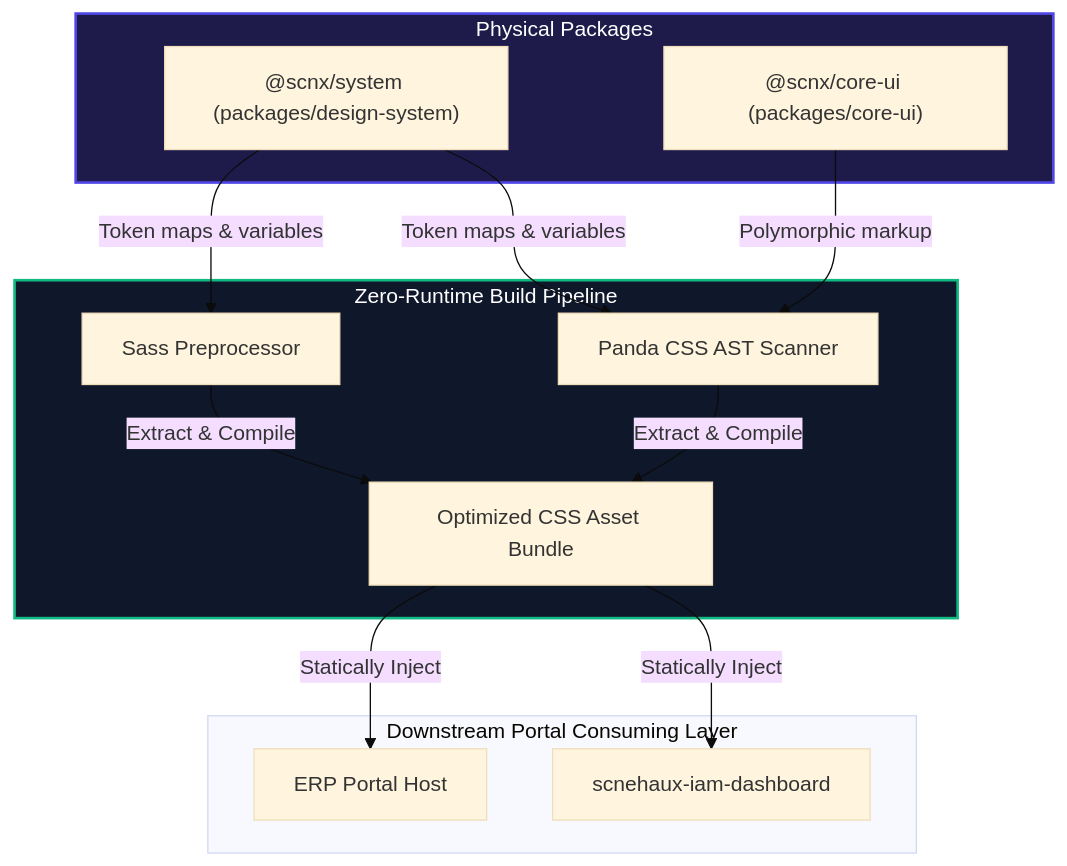
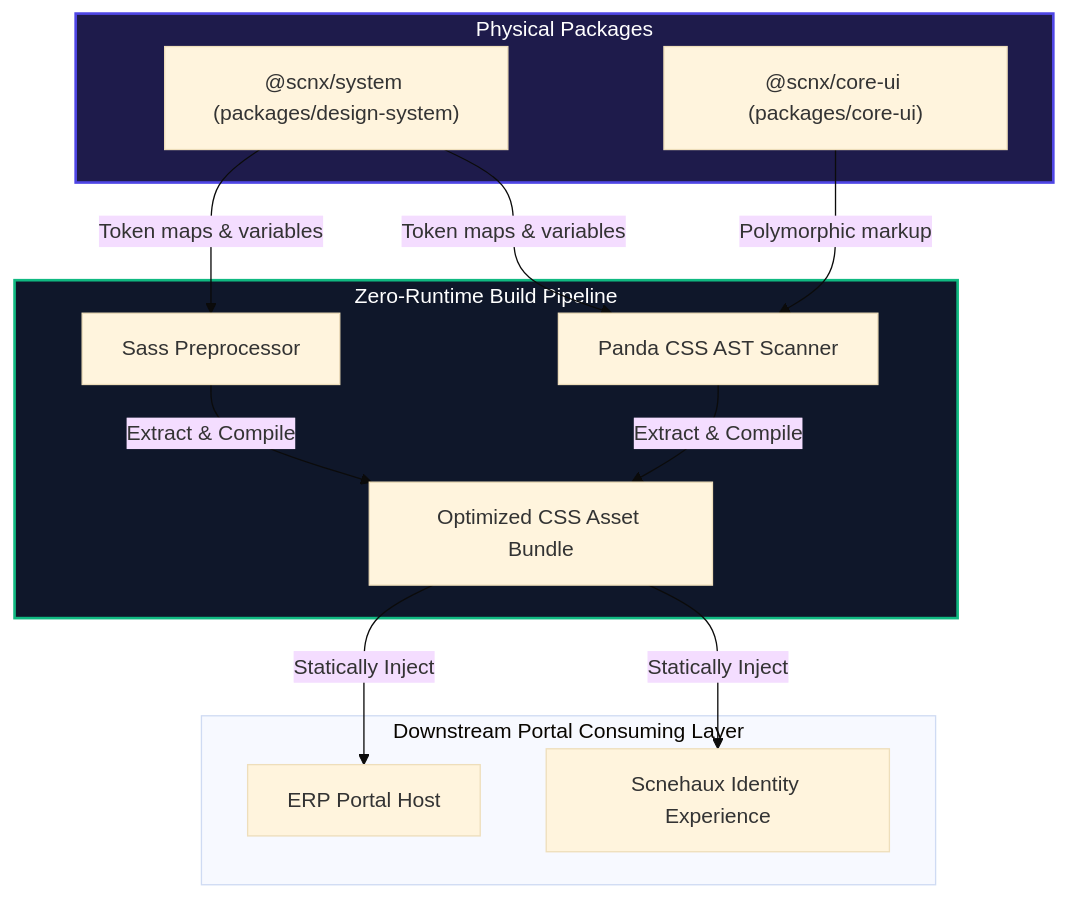
Before and after one commit to anshacerbia2/scnehaux-architecture: the first of 6 diagrams in 04-system/scnehaux-ui-platform/scnehaux-ui-platform.sad.md, drawn with Mermaid (base theme). The commit also changed other lines of this file and 16 other files, not shown here.

````diff
--- a/04-system/scnehaux-ui-platform/scnehaux-ui-platform.sad.md
+++ b/04-system/scnehaux-ui-platform/scnehaux-ui-platform.sad.md
@@ -68,26 +68,26 @@
 ```mermaid
 graph TD
     subgraph Packages_Layer [Physical Packages]
         DS["@scnx/system (packages/design-system)"]
         CoreUI["@scnx/core-ui (packages/core-ui)"]
     end
 
     subgraph Build_Compiler [Zero-Runtime Build Pipeline]
         AST["Panda CSS AST Scanner"]
         Sass["Sass Preprocessor"]
         OptimizedCSS["Optimized CSS Asset Bundle"]
     end
 
     subgraph Consumer_Apps [Downstream Portal Consuming Layer]
-        IAM["scnehaux-iam-dashboard"]
+        IAM["Scnehaux Identity Experience"]
         ERP["ERP Portal Host"]
     end
 
     DS -->|Token maps & variables| AST & Sass
     CoreUI -->|Polymorphic markup| AST
     AST & Sass -->|Extract & Compile| OptimizedCSS
     OptimizedCSS -->|Statically Inject| IAM & ERP
 
     style Packages_Layer fill:#1e1b4b,stroke:#4f46e5,stroke-width:2px,color:#fff
     style Build_Compiler fill:#0f172a,stroke:#10b981,stroke-width:2px,color:#fff
 ```
````
